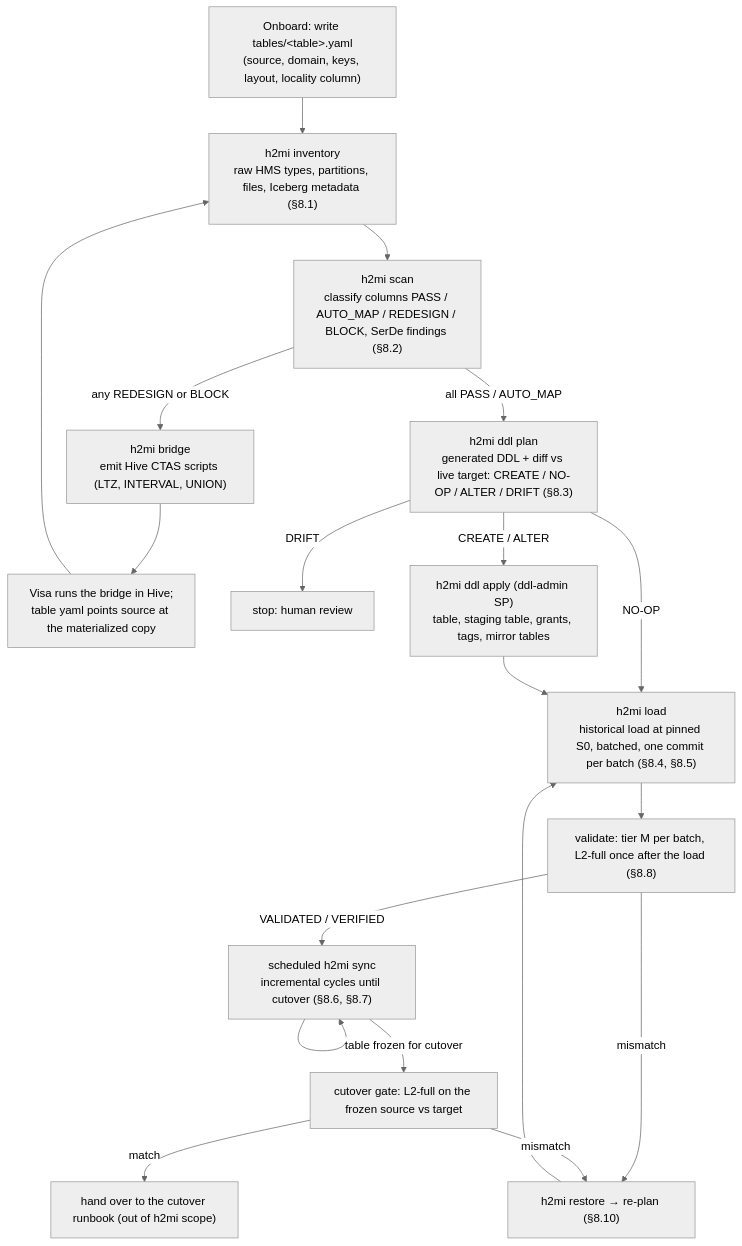
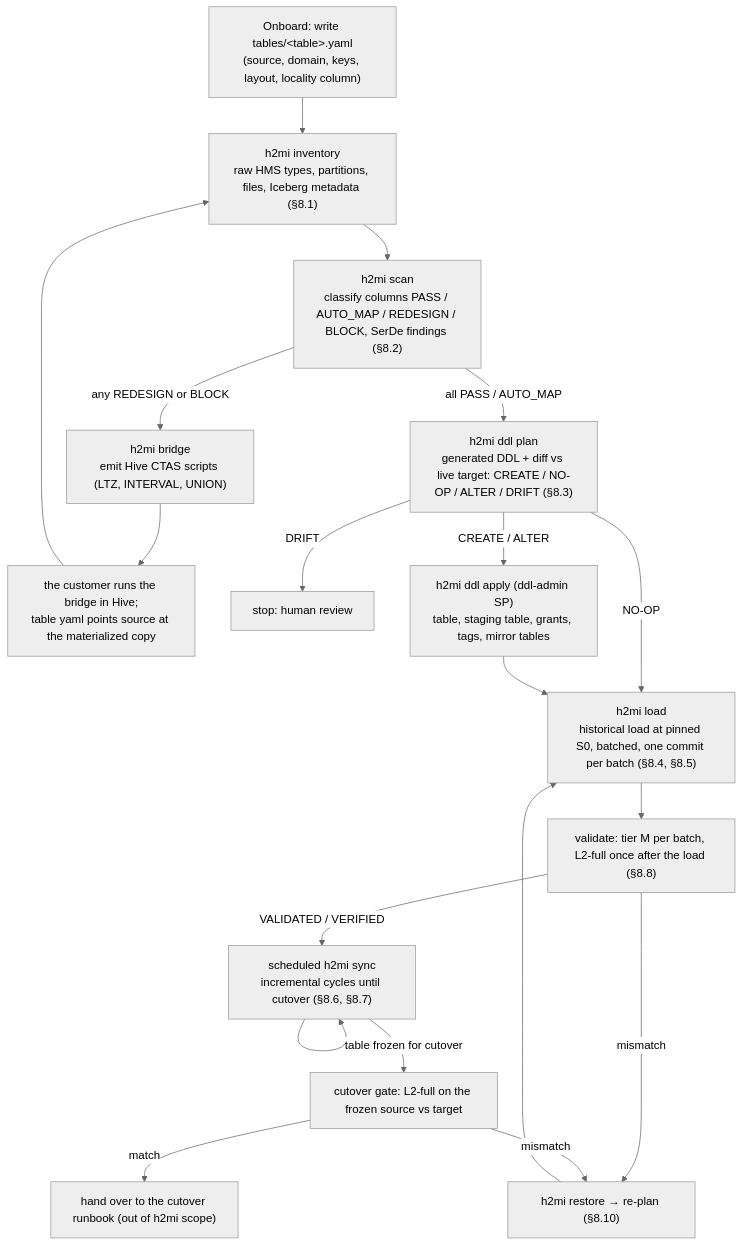
The first of 6 diagrams in docs/process_flow.md (databricks-solutions/specialist-offerings), drawn with Mermaid (neutral theme) before and after one commit. The commit also changed other lines of this file and 18 other files, not shown here.

````diff
--- a/docs/process_flow.md
+++ b/docs/process_flow.md
@@ -13,21 +13,21 @@
 ```mermaid
 flowchart TD
   A["Onboard: write tables/&lt;table&gt;.yaml<br/>(source, domain, keys, layout, locality column)"] --> B["h2mi inventory<br/>raw HMS types, partitions, files, Iceberg metadata (§8.1)"]
   B --> C["h2mi scan<br/>classify columns PASS / AUTO_MAP / REDESIGN / BLOCK, SerDe findings (§8.2)"]
   C -->|any REDESIGN or BLOCK| D["h2mi bridge<br/>emit Hive CTAS scripts (LTZ, INTERVAL, UNION)"]
-  D --> E["Visa runs the bridge in Hive;<br/>table yaml points source at the materialized copy"]
+  D --> E["the customer runs the bridge in Hive;<br/>table yaml points source at the materialized copy"]
   E --> B
   C -->|all PASS / AUTO_MAP| F["h2mi ddl plan<br/>generated DDL + diff vs live target: CREATE / NO-OP / ALTER / DRIFT (§8.3)"]
   F -->|DRIFT| X1["stop: human review"]
   F -->|CREATE / ALTER| G["h2mi ddl apply (ddl-admin SP)<br/>table, staging table, grants, tags, mirror tables"]
   F -->|NO-OP| H
   G --> H["h2mi load<br/>historical load at pinned S0, batched, one commit per batch (§8.4, §8.5)"]
   H --> I["validate: tier M per batch, L2-full once after the load (§8.8)"]
   I -->|mismatch| R["h2mi restore → re-plan (§8.10)"]
   R --> H
   I -->|VALIDATED / VERIFIED| J["scheduled h2mi sync<br/>incremental cycles until cutover (§8.6, §8.7)"]
   J --> J
   J -->|table frozen for cutover| K["cutover gate: L2-full on the frozen source vs target"]
   K -->|match| L["hand over to the cutover runbook (out of h2mi scope)"]
   K -->|mismatch| R
 ```
````
